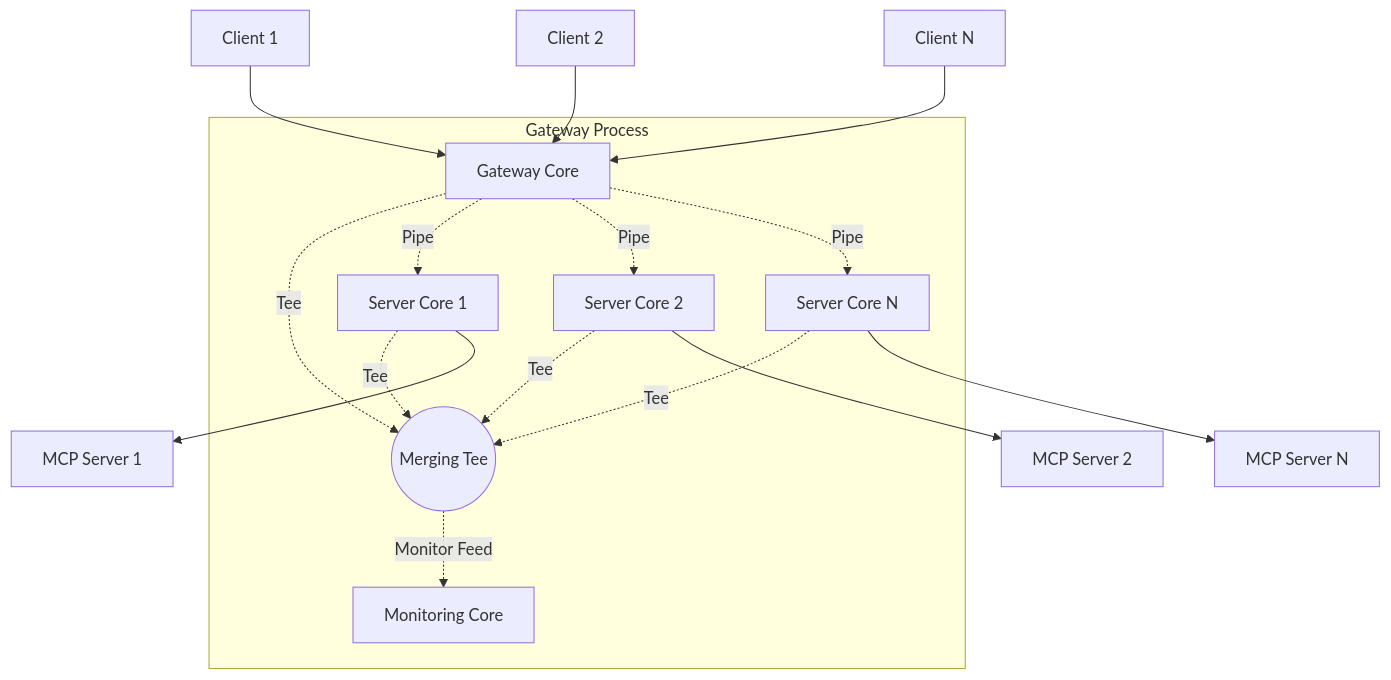
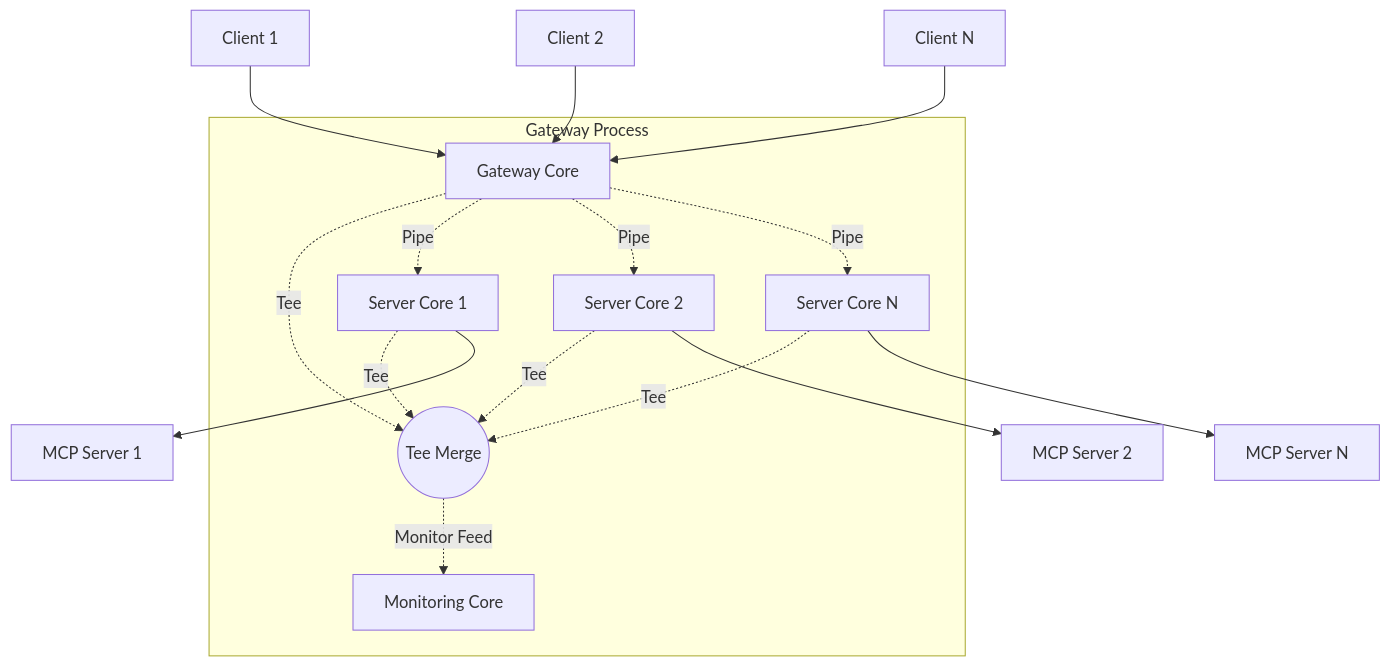
One commit to cliffhall/mcp-multicore changed the first of 19 diagrams in docs/spec.md. Above: the diagram before and after it, drawn with Mermaid. The commit also changed other lines of this file, not shown here.

Commit message:
Update mermaid diagrams to try and get the plumbing properly rendered

````diff
--- a/docs/spec.md
+++ b/docs/spec.md
@@ -54,28 +54,28 @@
 ```mermaid
 graph TB
     subgraph "Gateway Process"
         GC[Gateway Core]
         SC1[Server Core 1]
         SC2[Server Core 2]
         SCN[Server Core N]
         MC[Monitoring Core]
-            MT((Merging Tee))
+            MT((Tee Merge))
         SC1 -.->|Tee| MT
         SC2 -.->|Tee| MT
         SCN -.->|Tee| MT
         GC  -.->|Tee| MT
         MT  -.->|Monitor Feed| MC
     end
     
     C1[Client 1] --> GC
     C2[Client 2] --> GC
     C3[Client N] --> GC
     
     GC -.Pipe.-> SC1
     GC -.Pipe.-> SC2
     GC -.Pipe.-> SCN
         
     SC1 --> S1[MCP Server 1]
     SC2 --> S2[MCP Server 2]
     SCN --> SN[MCP Server N]
 ```
````
